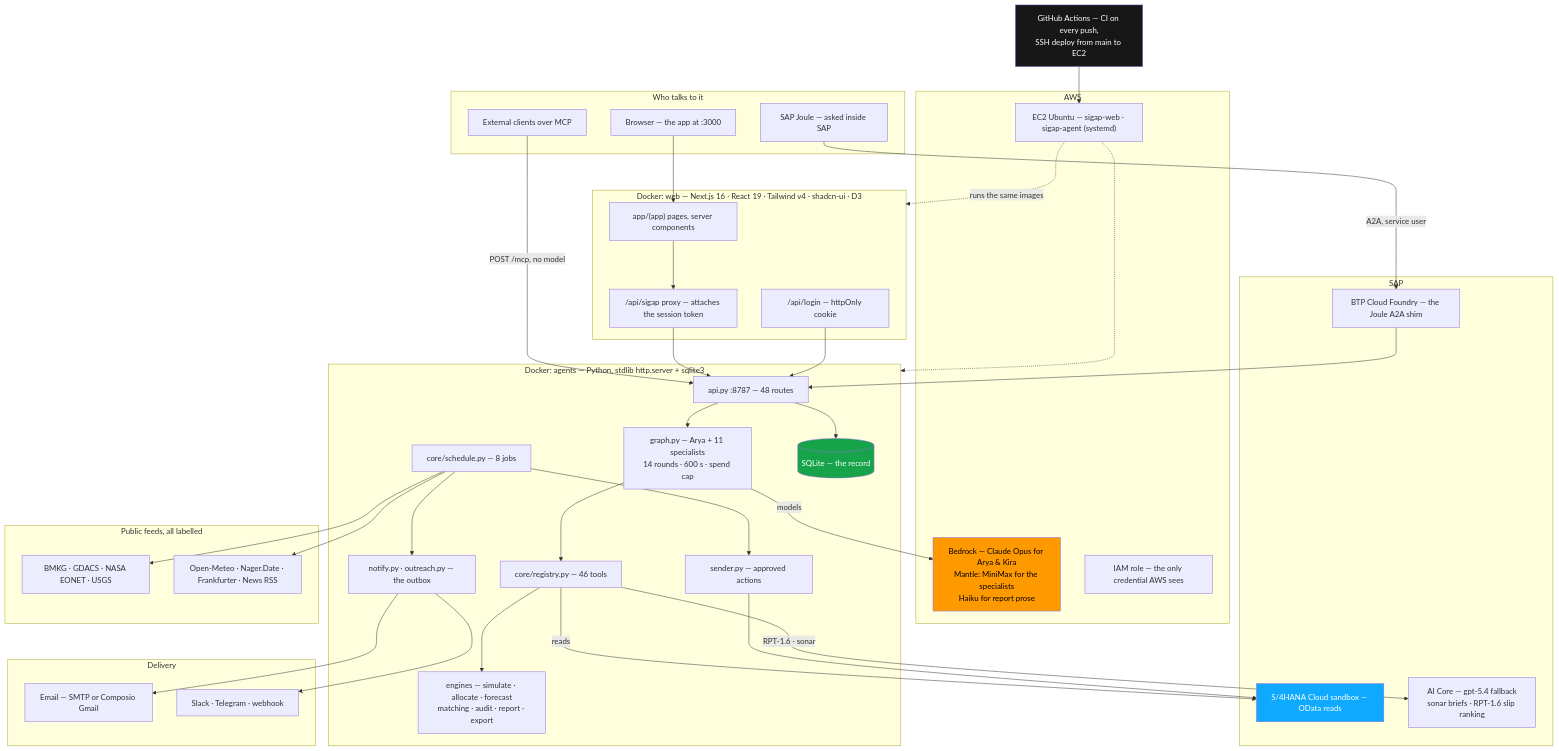
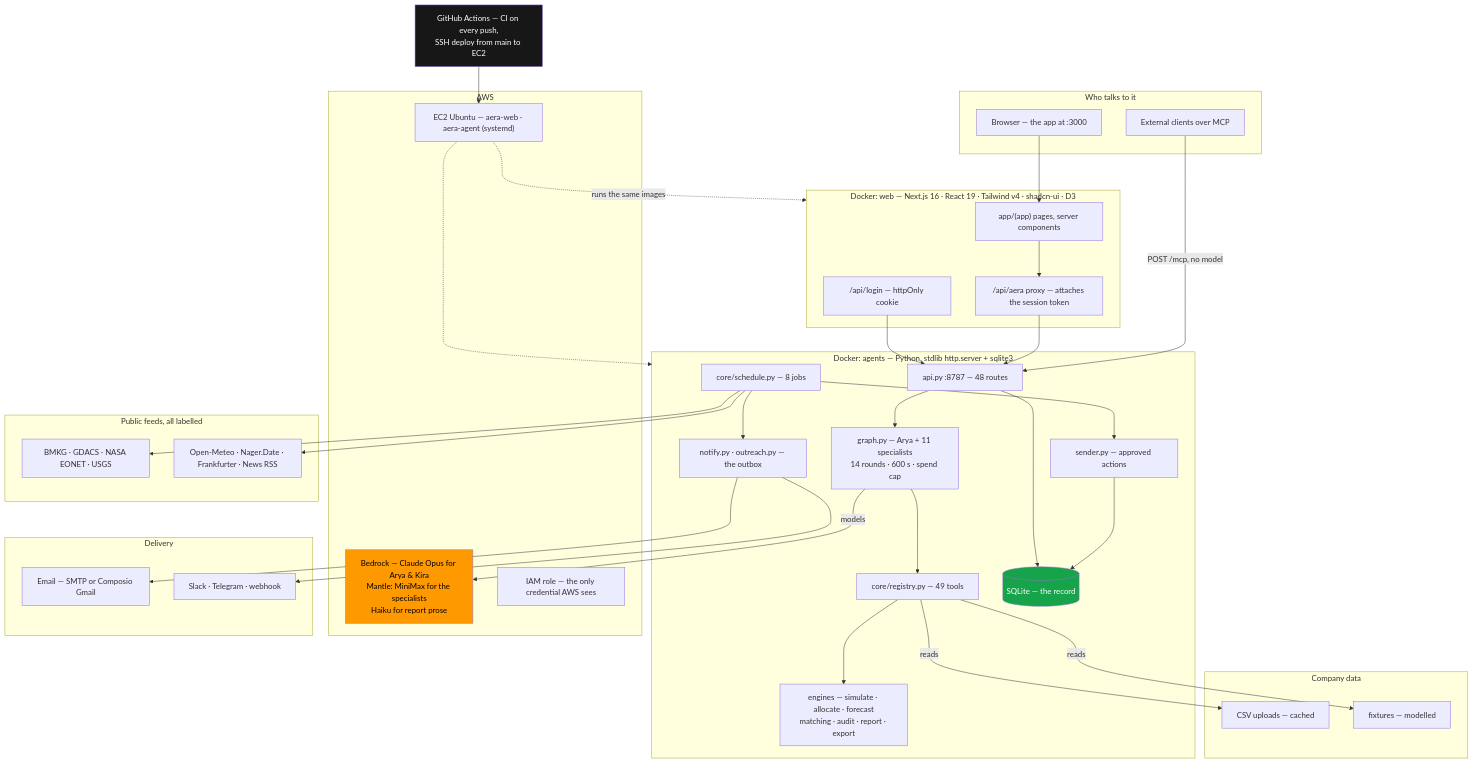
The first of 6 diagrams in README.md (maulana-tech/aera-app), drawn with Mermaid before and after one commit. The commit also changed other lines of this file and 413 other files, not shown here.

Commit message:
Rename sigap to aera, remove SAP (baseline before NEAR Hackathon work)

````diff
--- a/README.md
+++ b/README.md
@@ -369,77 +367,73 @@
 ```mermaid
 flowchart TB
     subgraph CLIENT["Who talks to it"]
         U["Browser — the app at :3000"]
-        J["SAP Joule — asked inside SAP"]
         EXT["External clients over MCP"]
     end
 
     subgraph WEB["Docker: web — Next.js 16 · React 19 · Tailwind v4 · shadcn-ui · D3"]
         P["app/(app) pages, server components"]
-        PX["/api/sigap proxy — attaches the session token"]
+        PX["/api/aera proxy — attaches the session token"]
         LI["/api/login — httpOnly cookie"]
     end
 
     subgraph AGENT["Docker: agents — Python, stdlib http.server + sqlite3"]
         API["api.py :8787 — 48 routes"]
         GR["graph.py — Arya + 11 specialists<br/>14 rounds · 600 s · spend cap"]
-        REG["core/registry.py — 46 tools"]
+        REG["core/registry.py — 49 tools"]
         ENG["engines — simulate · allocate · forecast<br/>matching · audit · report · export"]
         SCH["core/schedule.py — 8 jobs"]
         SND["sender.py — approved actions"]
         OUT["notify.py · outreach.py — the outbox"]
         DB[("SQLite — the record")]
     end
 
     subgraph AWSS["AWS"]
         BR["Bedrock — Claude Opus for Arya &amp; Kira<br/>Mantle: MiniMax for the specialists<br/>Haiku for report prose"]
-        EC2["EC2 Ubuntu — sigap-web · sigap-agent (systemd)"]
+        EC2["EC2 Ubuntu — aera-web · aera-agent (systemd)"]
         IAM["IAM role — the only credential AWS sees"]
     end
 
-    subgraph SAPS["SAP"]
-        S4["S/4HANA Cloud sandbox — OData reads"]
-        AIC["AI Core — gpt-5.4 fallback<br/>sonar briefs · RPT-1.6 slip ranking"]
-        CF["BTP Cloud Foundry — the Joule A2A shim"]
+    subgraph DATA["Company data"]
+        UP["CSV uploads — cached"]
+        FX["fixtures — modelled"]
     end
 
     subgraph FEEDS["Public feeds, all labelled"]
         F1["BMKG · GDACS · NASA EONET · USGS"]
         F2["Open-Meteo · Nager.Date · Frankfurter · News RSS"]
     end
 
     subgraph DELIVERY["Delivery"]
         CH["Email — SMTP or Composio Gmail"]
         TC["Slack · Telegram · webhook"]
     end
 
     GH["GitHub Actions — CI on every push,<br/>SSH deploy from main to EC2"]
 
     U --> P
     LI --> API
     P --> PX --> API
-    J -->|A2A, service user| CF --> API
     EXT -->|POST /mcp, no model| API
 
     API --> GR --> REG
     REG --> ENG
     API --> DB
     GR -->|models| BR
-    REG -->|"RPT-1.6 · sonar"| AIC
 
     SCH --> F1
     SCH --> F2
-    SCH --> SND --> S4
-    REG -->|reads| S4
+    SCH --> SND --> DB
+    REG -->|reads| UP
+    REG -->|reads| FX
     SCH --> OUT --> CH
     OUT --> TC
 
     GH --> EC2
     EC2 -.->|"runs the same images"| WEB
     EC2 -.-> AGENT
 
     style BR fill:#FF9900,color:#000
-    style S4 fill:#0FAAFF,color:#fff
     style DB fill:#16a34a,color:#fff
     style GH fill:#181717,color:#fff
 ```
````
